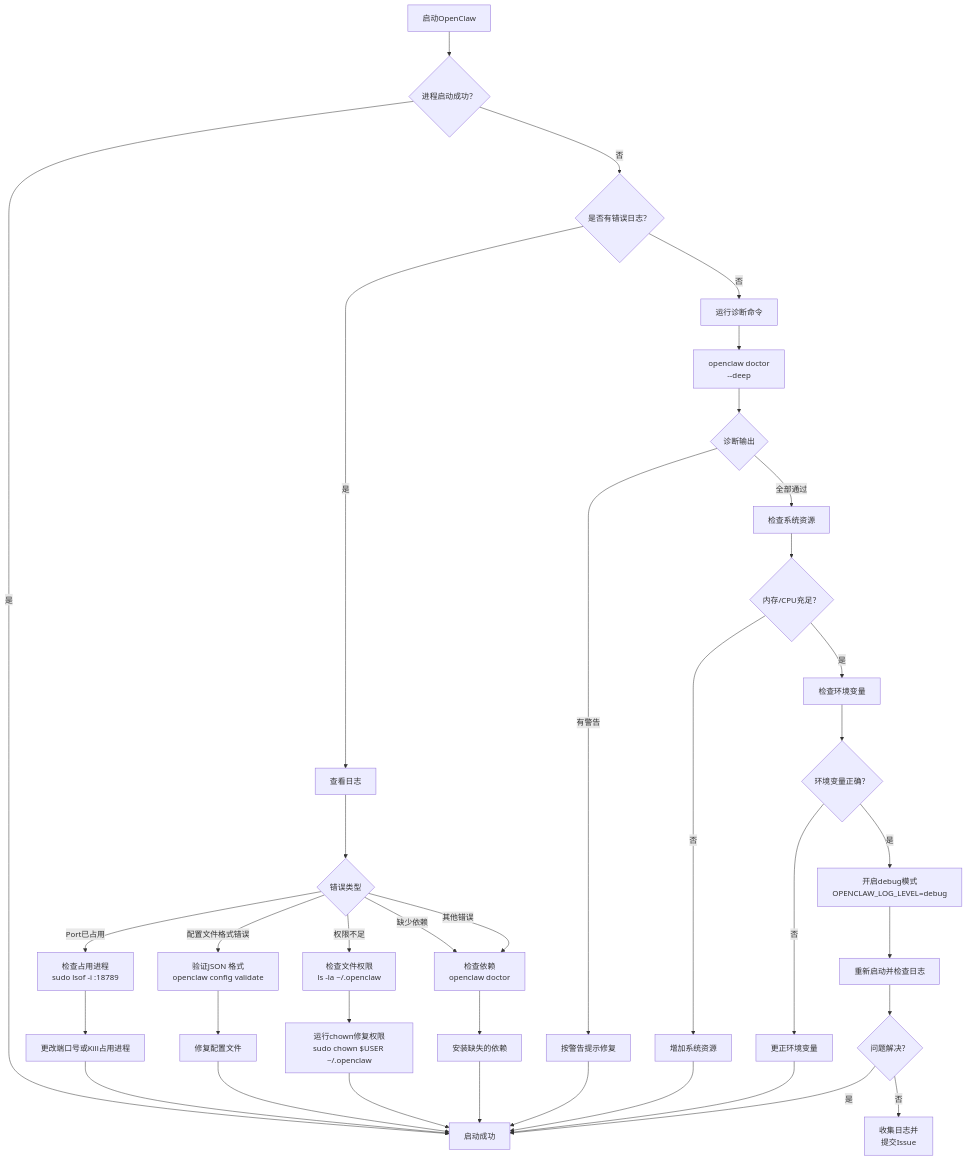
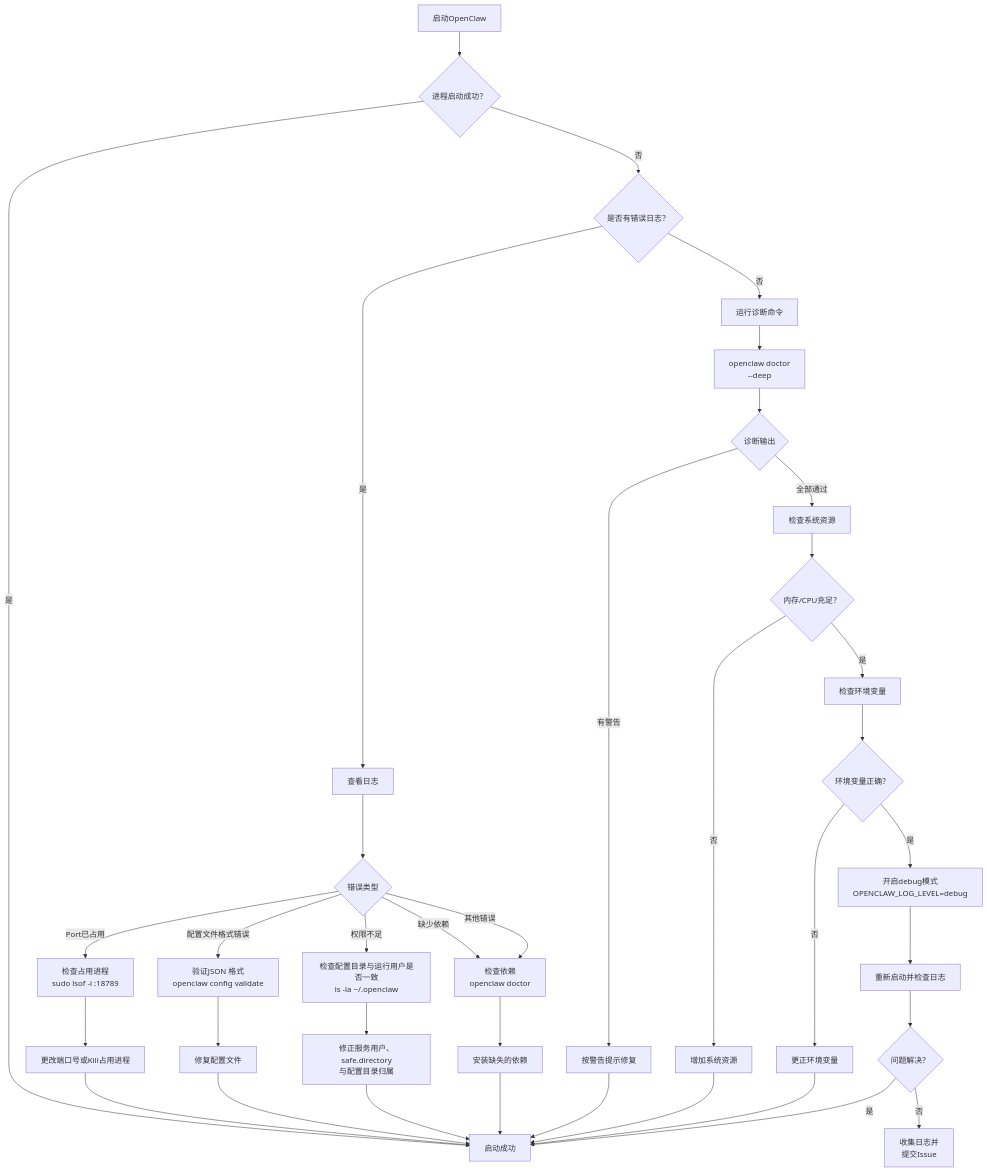
Before and after one commit to yeasy/openclaw_guide: the first of 6 diagrams in 15_troubleshooting_trees/15.1_diagnostic_decision_trees.md, drawn with Mermaid. The commit also changed other lines of this file and 25 other files, not shown here.

````diff
--- a/15_troubleshooting_trees/15.1_diagnostic_decision_trees.md
+++ b/15_troubleshooting_trees/15.1_diagnostic_decision_trees.md
@@ -9,41 +9,41 @@
 ```mermaid
 graph TD
     A["启动OpenClaw"] --> B{"进程启动成功？"}
     B -->|否| C{"是否有错误日志？"}
     C -->|是| D["查看日志"]
     D --> E{"错误类型"}
     E -->|Port已占用| F["检查占用进程<br/>sudo lsof -i :18789"]
     F --> G["更改端口号或Kill占用进程"]
     E -->|配置文件格式错误| H["验证JSON 格式<br/>openclaw config validate"]
     H --> I["修复配置文件"]
-    E -->|权限不足| J["检查文件权限<br/>ls -la ~/.openclaw"]
-    J --> K["运行chown修复权限<br/>sudo chown $USER ~/.openclaw"]
+    E -->|权限不足| J["检查配置目录与运行用户是否一致<br/>ls -la ~/.openclaw"]
+    J --> K["修正服务用户、safe.directory<br/>与配置目录归属"]
     E -->|缺少依赖| L["检查依赖<br/>openclaw doctor"]
     L --> M["安装缺失的依赖"]
     E -->|其他错误| L
 
     C -->|否| N["运行诊断命令"]
     N --> O["openclaw doctor<br/>--deep"]
     O --> P{"诊断输出"}
     P -->|有警告| Q["按警告提示修复"]
     P -->|全部通过| R["检查系统资源"]
     R --> S{"内存/CPU充足？"}
     S -->|否| T["增加系统资源"]
     S -->|是| U["检查环境变量"]
     U --> V{"环境变量正确？"}
     V -->|否| W["更正环境变量"]
     V -->|是| X["开启debug模式<br/>OPENCLAW_LOG_LEVEL=debug"]
     X --> Y["重新启动并检查日志"]
 
     B -->|是| Z["启动成功"]
     G --> Z
     I --> Z
     K --> Z
     M --> Z
     Q --> Z
     T --> Z
     W --> Z
     Y --> AA{"问题解决？"}
     AA -->|是| Z
     AA -->|否| AB["收集日志并<br/>提交Issue"]
 ```
````
